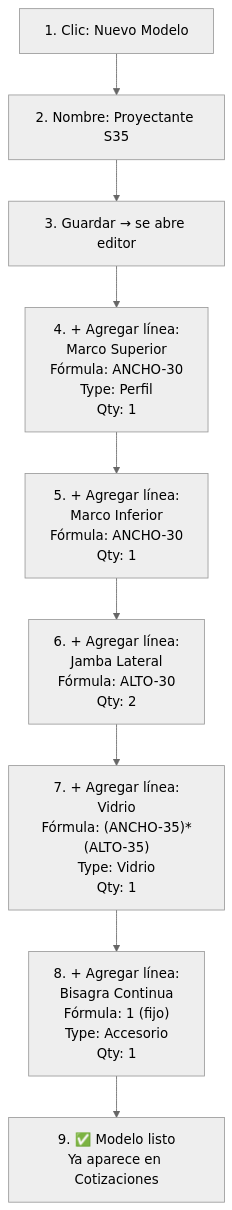
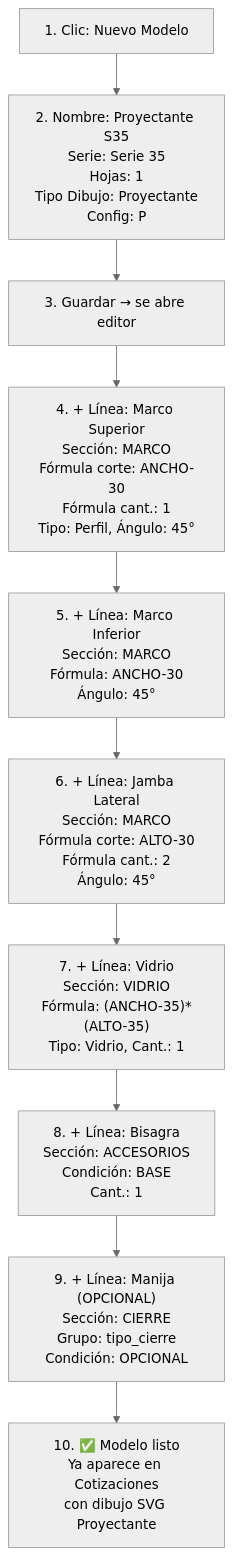
One commit to redentor159/sistema-erp-inventario changed the fifth of 6 diagrams in docs/tutoriales/T08_TUTORIAL_RECETAS.md. Above: the diagram before and after it, drawn with Mermaid (neutral theme). The commit also changed other lines of this file and 17 other files, not shown here.

````diff
--- a/docs/tutoriales/T08_TUTORIAL_RECETAS.md
+++ b/docs/tutoriales/T08_TUTORIAL_RECETAS.md
@@ -254,11 +380,12 @@
 ```mermaid
 flowchart TD
-    A["1. Clic: Nuevo Modelo"] --> B["2. Nombre: Proyectante S35"]
+    A["1. Clic: Nuevo Modelo"] --> B["2. Nombre: Proyectante S35<br/>Serie: Serie 35<br/>Hojas: 1<br/>Tipo Dibujo: Proyectante<br/>Config: P"]
     B --> C["3. Guardar → se abre editor"]
-    C --> D["4. + Agregar línea:<br/>Marco Superior<br/>Fórmula: ANCHO-30<br/>Type: Perfil<br/>Qty: 1"]
-    D --> E["5. + Agregar línea:<br/>Marco Inferior<br/>Fórmula: ANCHO-30<br/>Qty: 1"]
-    E --> F["6. + Agregar línea:<br/>Jamba Lateral<br/>Fórmula: ALTO-30<br/>Qty: 2"]
-    F --> G["7. + Agregar línea:<br/>Vidrio<br/>Fórmula: (ANCHO-35)*(ALTO-35)<br/>Type: Vidrio<br/>Qty: 1"]
-    G --> H["8. + Agregar línea:<br/>Bisagra Continua<br/>Fórmula: 1 (fijo)<br/>Type: Accesorio<br/>Qty: 1"]
-    H --> I["9. ✅ Modelo listo<br/>Ya aparece en Cotizaciones"]
+    C --> D["4. + Línea: Marco Superior<br/>Sección: MARCO<br/>Fórmula corte: ANCHO-30<br/>Fórmula cant.: 1<br/>Tipo: Perfil, Ángulo: 45°"]
+    D --> E["5. + Línea: Marco Inferior<br/>Sección: MARCO<br/>Fórmula: ANCHO-30<br/>Ángulo: 45°"]
+    E --> F["6. + Línea: Jamba Lateral<br/>Sección: MARCO<br/>Fórmula corte: ALTO-30<br/>Fórmula cant.: 2<br/>Ángulo: 45°"]
+    F --> G["7. + Línea: Vidrio<br/>Sección: VIDRIO<br/>Fórmula: (ANCHO-35)*(ALTO-35)<br/>Tipo: Vidrio, Cant.: 1"]
+    G --> H["8. + Línea: Bisagra<br/>Sección: ACCESORIOS<br/>Condición: BASE<br/>Cant.: 1"]
+    H --> I["9. + Línea: Manija (OPCIONAL)<br/>Sección: CIERRE<br/>Grupo: tipo_cierre<br/>Condición: OPCIONAL"]
+    I --> J["10. ✅ Modelo listo<br/>Ya aparece en Cotizaciones<br/>con dibujo SVG Proyectante"]
 ```
````
